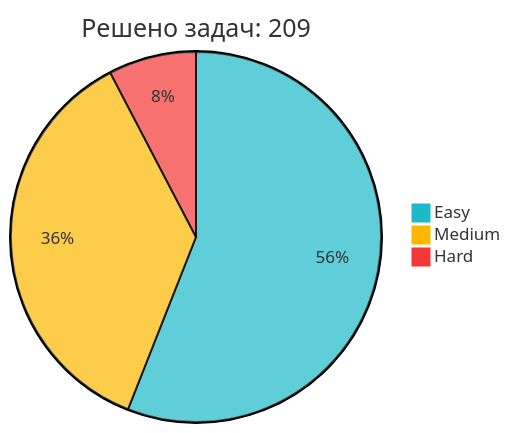
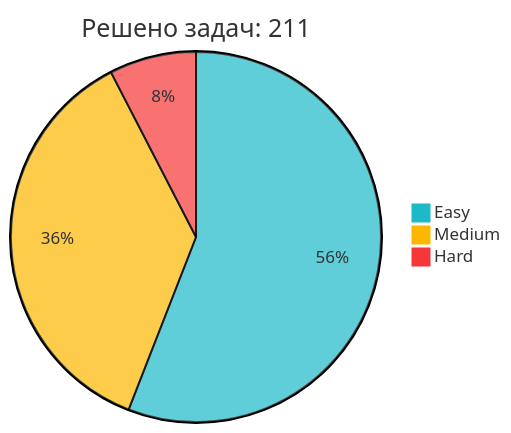
Before and after one commit to IliaKurdukov/IliaKurdukov: the diagram in README.md, drawn with Mermaid. The commit also changed other lines of this file, not shown here.

Commit message:
📈 Обновление статистики LeetCode

````diff
--- a/README.md
+++ b/README.md
@@ -51,7 +51,7 @@
 ```mermaid
 %%{init: {'theme': 'base', 'themeVariables': { 'pie1': '#1CBAC8', 'pie2': '#FEB700', 'pie3': '#F63737' }, 'config': {'width': 300, 'height': 200}}}%%
-pie title Решено задач: 209
-   "Easy" : 117
-   "Medium" : 76
+pie title Решено задач: 211
+   "Easy" : 118
+   "Medium" : 77
    "Hard" : 16
 ```
````
